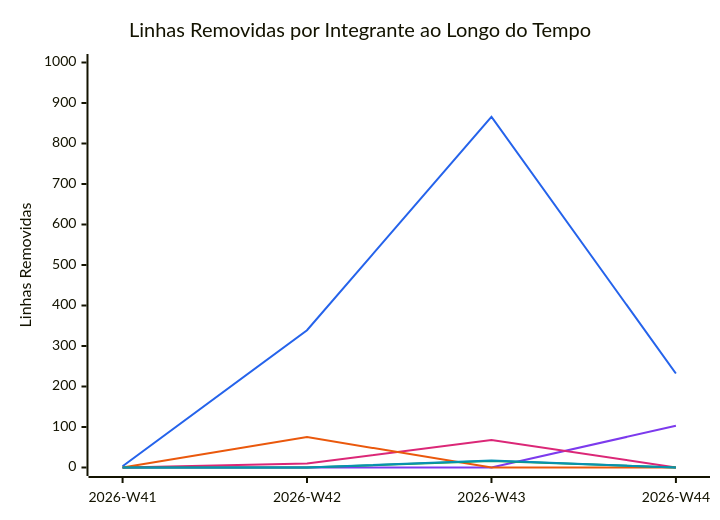
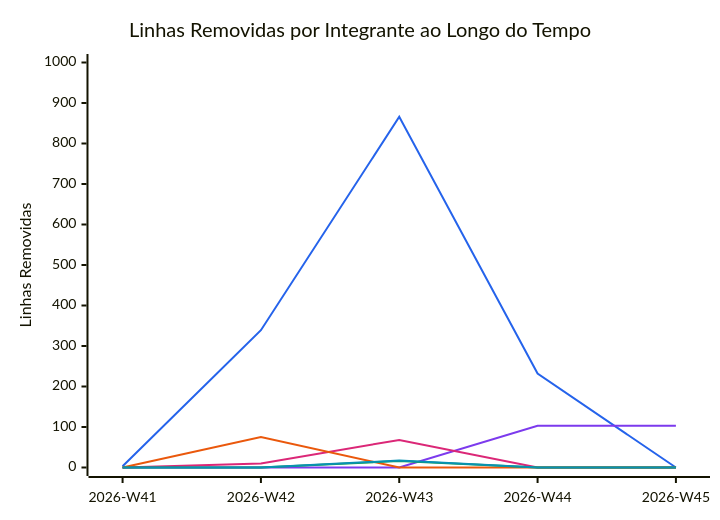
The diagram in documentation/snippets/management/code-deletions.mmd (FCTE-Qualidade-de-Software-1/2026-2_T02_FRANS_BILAS), drawn with Mermaid before and after one commit. The commit also changed 3 other files, not shown here.

```diff
--- a/documentation/snippets/management/code-deletions.mmd
+++ b/documentation/snippets/management/code-deletions.mmd
@@ -1,11 +1,11 @@
 %%{init: {"themeVariables": {"xyChart": {"plotColorPalette": "#2563eb, #7c3aed, #db2777, #ea580c, #16a34a, #0891b2"}}}}%%
 xychart-beta
     title "Linhas Removidas por Integrante ao Longo do Tempo"
-    x-axis ["2026-W41", "2026-W42", "2026-W43", "2026-W44"]
+    x-axis ["2026-W41", "2026-W42", "2026-W43", "2026-W44", "2026-W45"]
     y-axis "Linhas Removidas" 0 --> 1000
-    line [3, 339, 866, 232]
-    line [0, 0, 0, 103]
-    line [0, 10, 68, 0]
-    line [0, 75, 0, 0]
-    line [0, 0, 16, 0]
-    line [0, 0, 17, 0]
+    line [3, 339, 866, 232, 0]
+    line [0, 0, 0, 103, 103]
+    line [0, 10, 68, 0, 0]
+    line [0, 75, 0, 0, 0]
+    line [0, 0, 16, 0, 0]
+    line [0, 0, 17, 0, 0]
```
